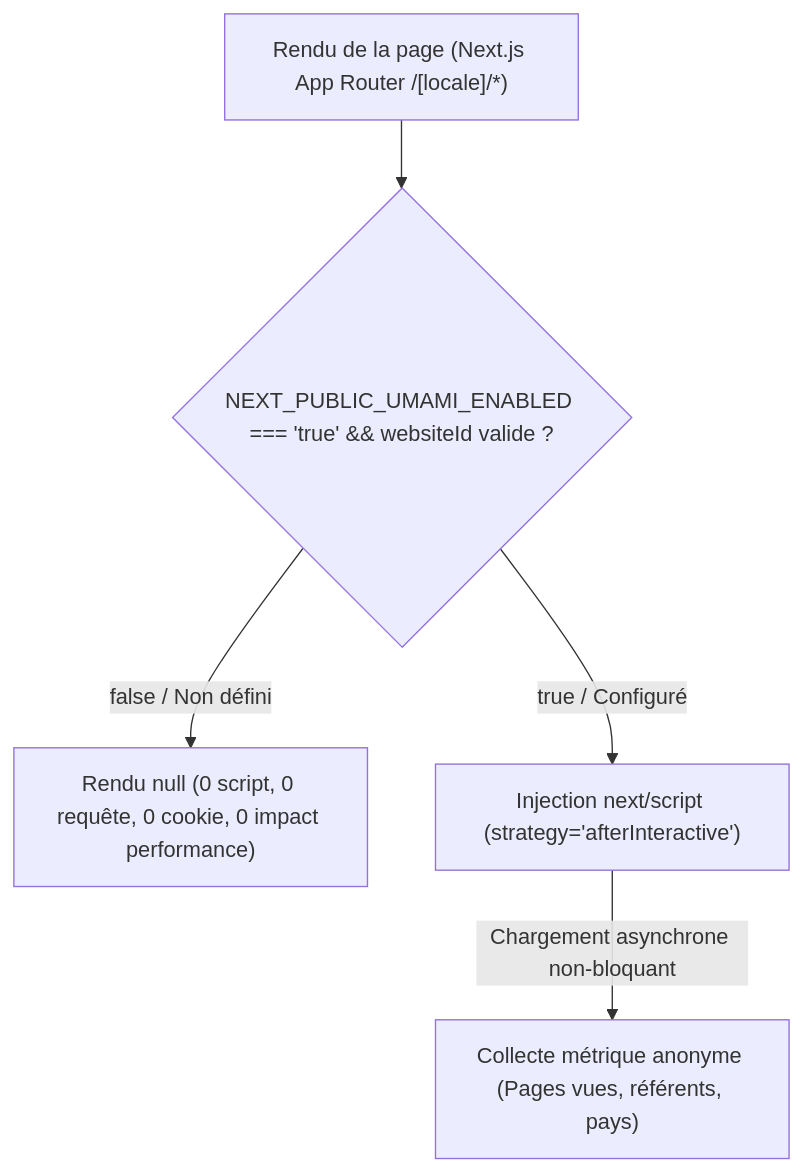
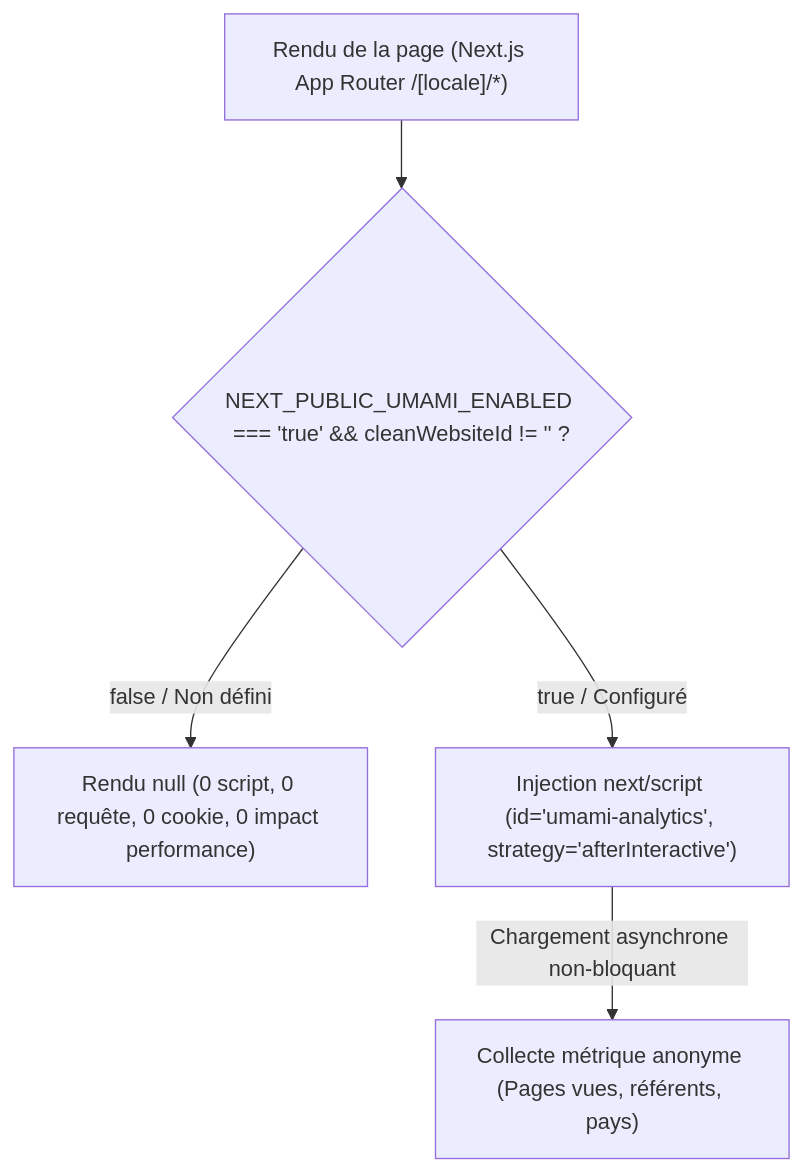
One commit to KxlSys/Bokengi-Group changed the diagram in docs/PHASE7_4_UMAMI_ANALYTICS.md. Above: the diagram before and after it, drawn with Mermaid. The commit also changed other lines of this file and 3 other files, not shown here.

Commit message:
feat(analytics): qualify Umami integration and add automated test suite (phase 7.4)

````diff
--- a/docs/PHASE7_4_UMAMI_ANALYTICS.md
+++ b/docs/PHASE7_4_UMAMI_ANALYTICS.md
@@ -11,7 +12,7 @@
 ```mermaid
 flowchart TD
-    A["Rendu de la page (Next.js App Router /[locale]/*)"] --> B{"NEXT_PUBLIC_UMAMI_ENABLED === 'true' && websiteId valide ?"}
+    A["Rendu de la page (Next.js App Router /[locale]/*)"] --> B{"NEXT_PUBLIC_UMAMI_ENABLED === 'true' && cleanWebsiteId != '' ?"}
     B -->|false / Non défini| C["Rendu null (0 script, 0 requête, 0 cookie, 0 impact performance)"]
-    B -->|true / Configuré| D["Injection next/script (strategy='afterInteractive')"]
+    B -->|true / Configuré| D["Injection next/script (id='umami-analytics', strategy='afterInteractive')"]
     D -->|Chargement asynchrone non-bloquant| E["Collecte métrique anonyme (Pages vues, référents, pays)"]
 ```
````
